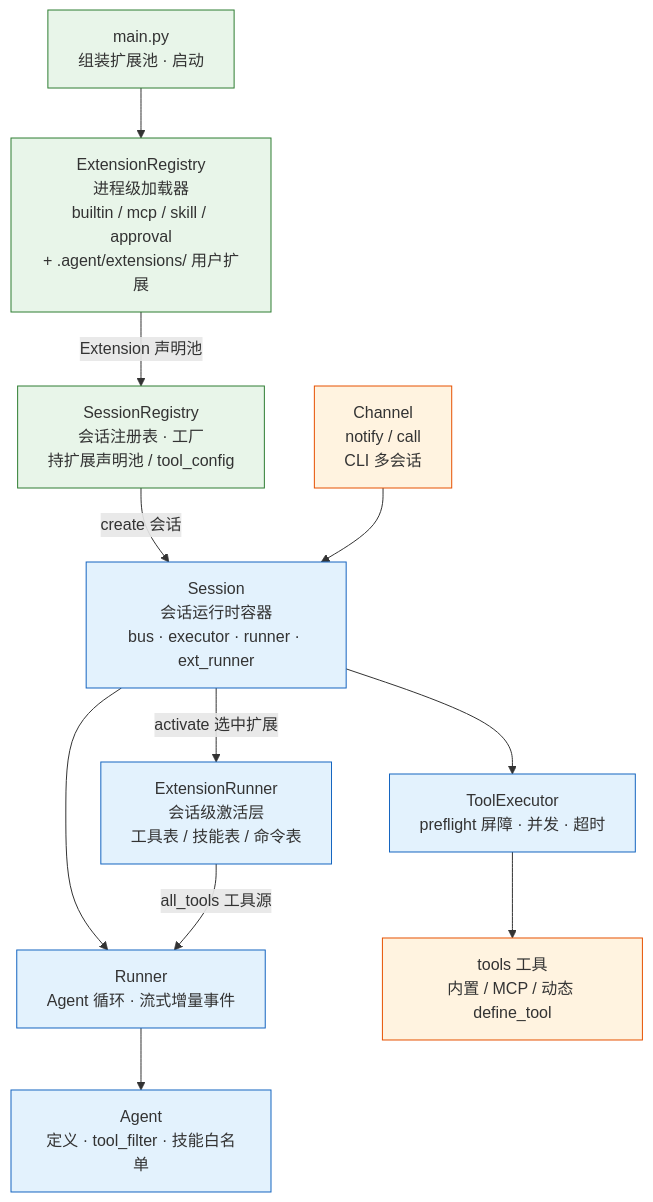
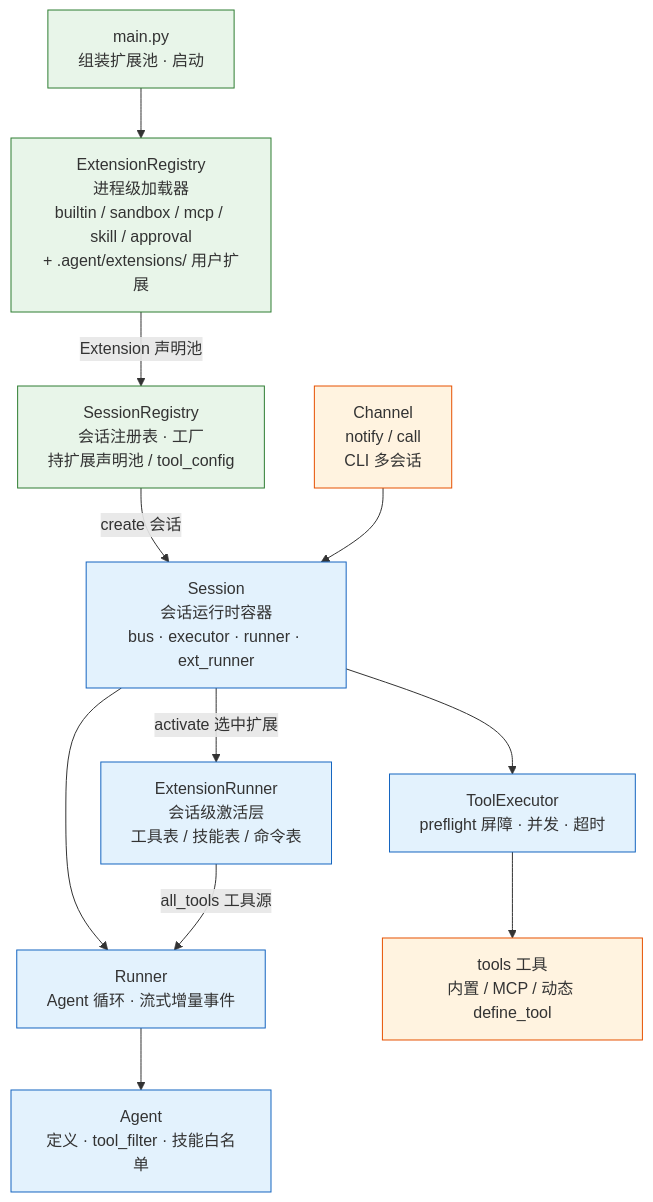
One commit to yishenzhu/walle changed the first of 2 diagrams in README.md. Above: the diagram before and after it, drawn with Mermaid. The commit also changed other lines of this file, not shown here.

````diff
--- a/README.md
+++ b/README.md
@@ -32,31 +33,31 @@
 ```mermaid
 flowchart TD
     Main["main.py<br/>组装扩展池 · 启动"]
-    Reg["ExtensionRegistry<br/>进程级加载器<br/>builtin / mcp / skill / approval<br/>+ .agent/extensions/ 用户扩展"]
+    Reg["ExtensionRegistry<br/>进程级加载器<br/>builtin / sandbox / mcp / skill / approval<br/>+ .agent/extensions/ 用户扩展"]
     SR["SessionRegistry<br/>会话注册表 · 工厂<br/>持扩展声明池 / tool_config"]
     S["Session<br/>会话运行时容器<br/>bus · executor · runner · ext_runner"]
     ER["ExtensionRunner<br/>会话级激活层<br/>工具表 / 技能表 / 命令表"]
     R["Runner<br/>Agent 循环 · 流式增量事件"]
     E["ToolExecutor<br/>preflight 屏障 · 并发 · 超时"]
     A["Agent<br/>定义 · tool_filter · 技能白名单"]
     T["tools 工具<br/>内置 / MCP / 动态 define_tool"]
     Ch["Channel<br/>notify / call<br/>CLI 多会话"]
 
     Main --> Reg
     Reg -->|Extension 声明池| SR
     SR -->|create 会话| S
     S -->|activate 选中扩展| ER
     S --> R
     S --> E
     R --> A
     E --> T
     ER -->|all_tools 工具源| R
     Ch --> S
 
     classDef entry fill:#e8f5e9,stroke:#2e7d32
     classDef core fill:#e3f2fd,stroke:#1565c0
     classDef tool fill:#fff3e0,stroke:#e65100
     class Main,Reg,SR entry
     class S,ER,R,E,A core
     class T,Ch tool
 ```
````
